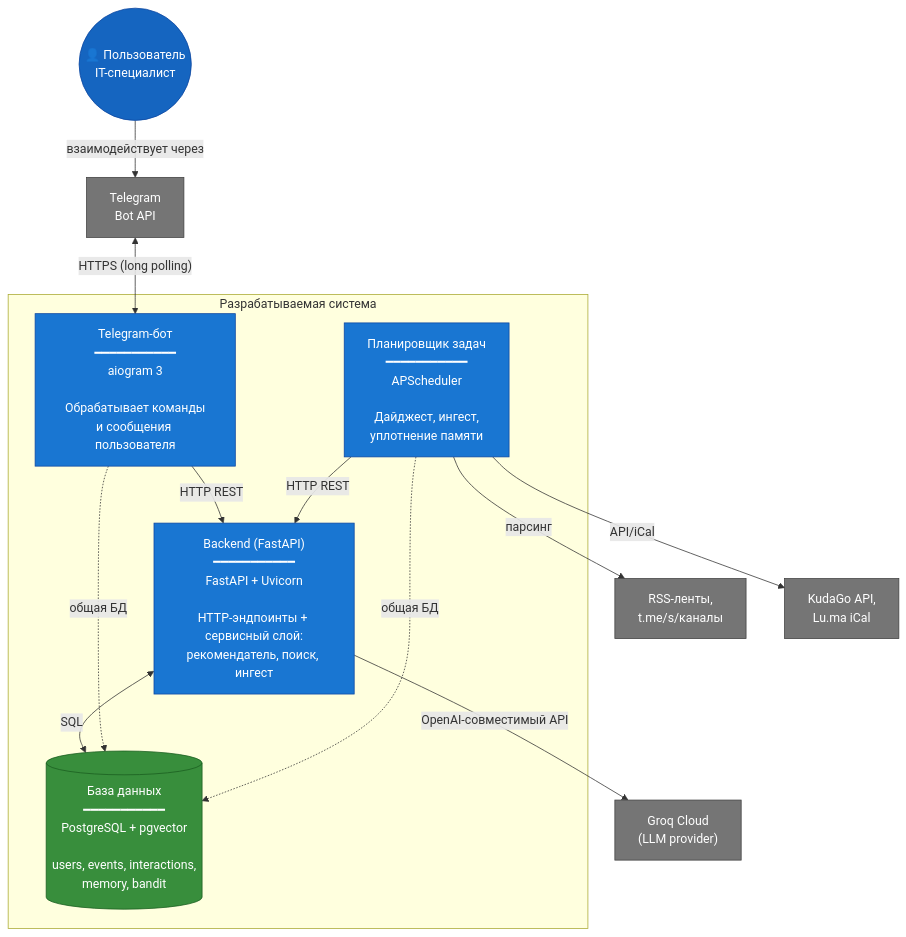
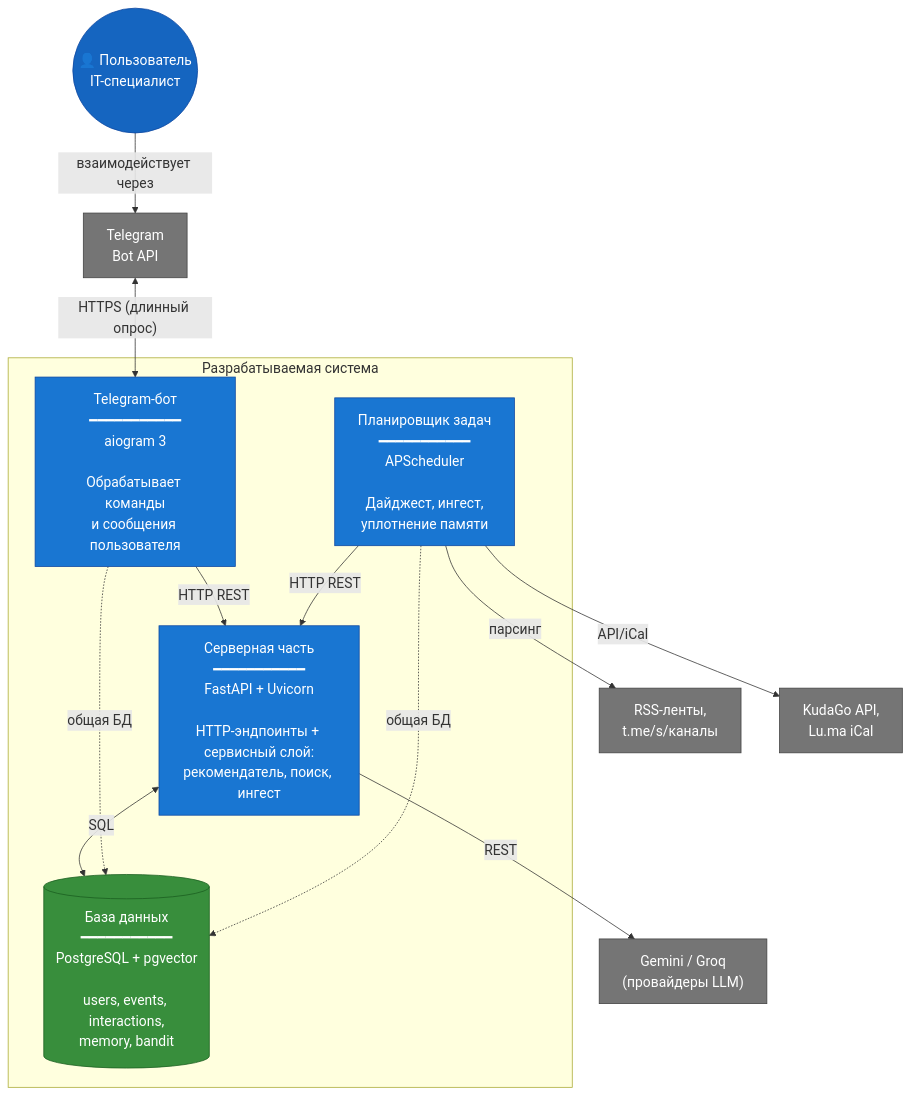
One commit to EgorBelov/event_mind changed the diagram in docs/diagrams/03_c4_containers.mmd. Above: the diagram before and after it, drawn with Mermaid. The commit also changed 22 other files, not shown here.

```diff
--- a/docs/diagrams/03_c4_containers.mmd
+++ b/docs/diagrams/03_c4_containers.mmd
@@ -1,39 +1,39 @@
-%%{init: {'theme':'default'}}%%
+%%{init: {'theme':'default','themeVariables':{'fontSize':'18px','fontFamily':'Arial'}}}%%
 flowchart TB
     classDef person fill:#1565c0,stroke:#0d47a1,color:#fff
     classDef container fill:#1976d2,stroke:#0d47a1,color:#fff
     classDef db fill:#388e3c,stroke:#1b5e20,color:#fff
     classDef ext fill:#757575,stroke:#424242,color:#fff
     classDef bg fill:#fafafa,stroke:#bdbdbd,color:#000
 
     USER(("👤 Пользователь<br/>IT-специалист"))
     class USER person
 
     subgraph EVMIND["Разрабатываемая система"]
         BOT["Telegram-бот<br/>━━━━━━━━━━━<br/>aiogram 3<br/><br/>Обрабатывает команды<br/>и сообщения пользователя"]
-        API["Backend (FastAPI)<br/>━━━━━━━━━━━<br/>FastAPI + Uvicorn<br/><br/>HTTP-эндпоинты + сервисный слой:<br/>рекомендатель, поиск, ингест"]
+        API["Серверная часть<br/>━━━━━━━━━━━<br/>FastAPI + Uvicorn<br/><br/>HTTP-эндпоинты + сервисный слой:<br/>рекомендатель, поиск, ингест"]
         SCHED["Планировщик задач<br/>━━━━━━━━━━━<br/>APScheduler<br/><br/>Дайджест, ингест,<br/>уплотнение памяти"]
         DB[("База данных<br/>━━━━━━━━━━━<br/>PostgreSQL + pgvector<br/><br/>users, events, interactions,<br/>memory, bandit")]
     end
 
     class BOT,API,SCHED container
     class DB db
 
     TG["Telegram<br/>Bot API"]
-    LLM["Groq Cloud<br/>(LLM provider)"]
+    LLM["Gemini / Groq<br/>(провайдеры LLM)"]
     SRC1["RSS-ленты,<br/>t.me/s/каналы"]
     SRC2["KudaGo API,<br/>Lu.ma iCal"]
 
     class TG,LLM,SRC1,SRC2 ext
 
     USER -->|"взаимодействует через"| TG
-    TG <-->|"HTTPS (long polling)"| BOT
+    TG <-->|"HTTPS (длинный опрос)"| BOT
     BOT -->|"HTTP REST"| API
     SCHED -->|"HTTP REST"| API
     API <-->|"SQL"| DB
     BOT -.->|"общая БД"| DB
     SCHED -.->|"общая БД"| DB
 
-    API -->|"OpenAI-совместимый API"| LLM
+    API -->|"REST"| LLM
     SCHED -->|"парсинг"| SRC1
     SCHED -->|"API/iCal"| SRC2
```
